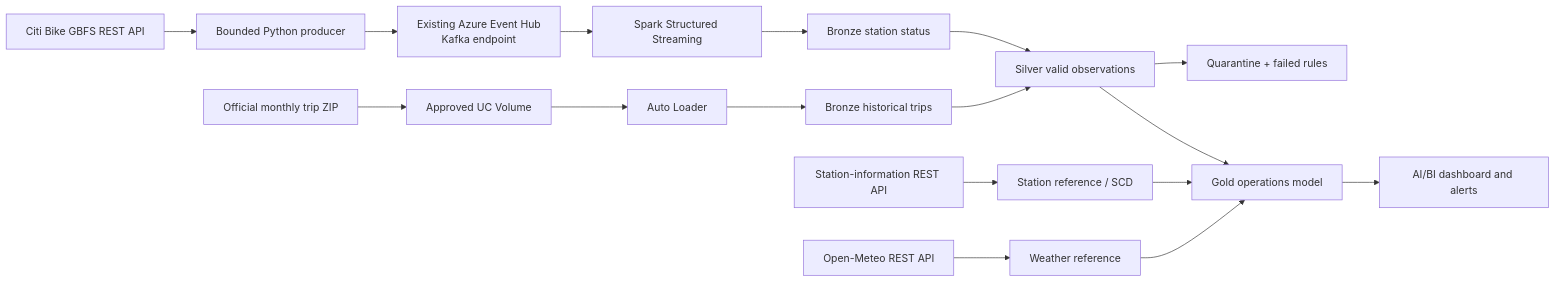
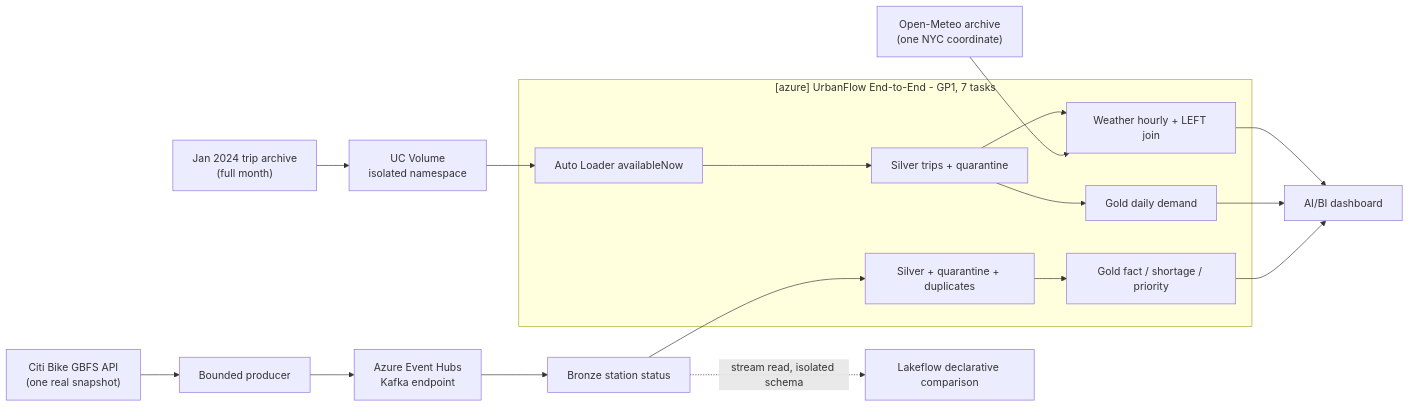
Before and after one commit to BadalovP/Databricks-Academy-Lakehouse: the first of 5 diagrams in Demos/Demo3/README.md, drawn with Mermaid. The commit also changed other lines of this file and 16 other files, not shown here.

````diff
--- a/Demos/Demo3/README.md
+++ b/Demos/Demo3/README.md
@@ -90,22 +97,28 @@
 ```mermaid
 flowchart LR
-    GBFS["Citi Bike GBFS REST API"] --> PRODUCER["Bounded Python producer"]
-    PRODUCER --> EH["Existing Azure Event Hub<br/>Kafka endpoint"]
-    EH --> STREAM["Spark Structured Streaming"]
-    STREAM --> BSTATUS["Bronze station status"]
+    GBFS["Citi Bike GBFS API<br/>(one real snapshot)"] --> PRODUCER["Bounded producer"]
+    PRODUCER --> EH["Azure Event Hubs<br/>Kafka endpoint"]
+    EH --> BSTATUS["Bronze station status"]
 
-    TRIPS["Official monthly trip ZIP"] --> VOLUME["Approved UC Volume"]
-    VOLUME --> AUTO["Auto Loader"]
-    AUTO --> BTRIPS["Bronze historical trips"]
+    TRIPS["Jan 2024 trip archive<br/>(full month)"] --> VOLUME["UC Volume<br/>isolated namespace"]
+    METEO["Open-Meteo archive<br/>(one NYC coordinate)"]
 
-    INFO["Station-information REST API"] --> DIM["Station reference / SCD"]
-    WEATHER["Open-Meteo REST API"] --> WREF["Weather reference"]
+    subgraph ORCH["[azure] UrbanFlow End-to-End - GP1, 7 tasks"]
+      SSILVER["Silver + quarantine + duplicates"]
+      SGOLD["Gold fact / shortage / priority"]
+      AUTO["Auto Loader availableNow"]
+      TSILVER["Silver trips + quarantine"]
+      DEMAND["Gold daily demand"]
+      WEATHER["Weather hourly + LEFT join"]
+    end
 
-    BSTATUS --> SILVER["Silver valid observations"]
-    BTRIPS --> SILVER
-    SILVER --> QUARANTINE["Quarantine + failed rules"]
-    SILVER --> GOLD["Gold operations model"]
-    DIM --> GOLD
-    WREF --> GOLD
-    GOLD --> DASH["AI/BI dashboard and alerts"]
+    BSTATUS --> SSILVER --> SGOLD
+    VOLUME --> AUTO --> TSILVER --> DEMAND
+    METEO --> WEATHER
+    TSILVER --> WEATHER
+
+    SGOLD --> DASH["AI/BI dashboard"]
+    DEMAND --> DASH
+    WEATHER --> DASH
+    BSTATUS -. "stream read, isolated schema" .-> LAKEFLOW["Lakeflow declarative comparison"]
 ```
````
